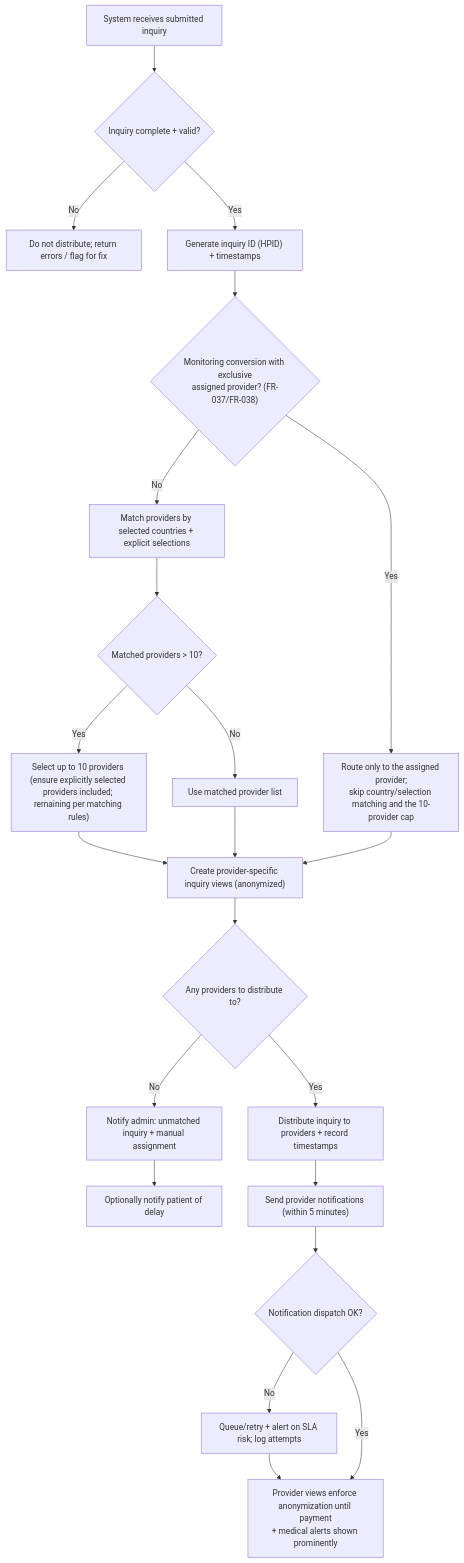
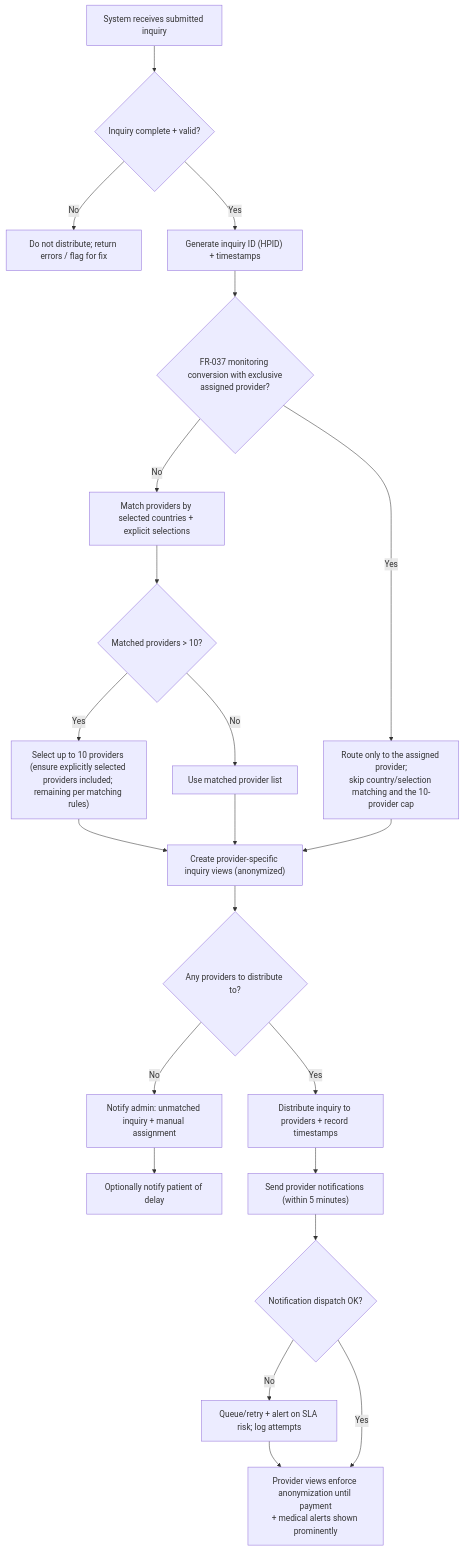
The sixth of 15 diagrams in project-requirements/functional-requirements/fr003-inquiry-submission/prd.md (joachimtrungtuan/hairline-pm-docs), drawn with Mermaid before and after one commit. The commit also changed other lines of this file, not shown here.

Commit message:
docs(fr003): align monitoring conversion references

````diff
--- a/project-requirements/functional-requirements/fr003-inquiry-submission/prd.md
+++ b/project-requirements/functional-requirements/fr003-inquiry-submission/prd.md
@@ -187,28 +187,28 @@
 ```mermaid
 flowchart TD
     Start["System receives submitted inquiry"] --> Validate{"Inquiry complete + valid?"}
 
     Validate -->|No| Invalid["Do not distribute; return errors / flag for fix"]
     Validate -->|Yes| Identify["Generate inquiry ID (HPID) + timestamps"]
 
-    Identify --> Exclusive{"Monitoring conversion with exclusive<br/>assigned provider? (FR-037/FR-038)"}
+    Identify --> Exclusive{"FR-037 monitoring conversion with exclusive<br/>assigned provider?"}
     Exclusive -->|Yes| ExclusiveRoute["Route only to the assigned provider;<br/>skip country/selection matching and the 10-provider cap"]
     Exclusive -->|No| Match["Match providers by selected countries + explicit selections"]
     Match --> Cap{"Matched providers &gt; 10?"}
     Cap -->|Yes| Select10["Select up to 10 providers (ensure explicitly selected providers included; remaining per matching rules)"]
     Cap -->|No| Matched["Use matched provider list"]
 
     Select10 --> Views["Create provider-specific inquiry views (anonymized)"]
     Matched --> Views
     ExclusiveRoute --> Views
 
     Views --> Found{"Any providers to distribute to?"}
     Found -->|No| Manual["Notify admin: unmatched inquiry + manual assignment"]
     Manual --> Delay["Optionally notify patient of delay"]
 
     Found -->|Yes| Distribute["Distribute inquiry to providers + record timestamps"]
     Distribute --> Notify["Send provider notifications (within 5 minutes)"]
     Notify --> NotifyOk{"Notification dispatch OK?"}
     NotifyOk -->|No| Retry["Queue/retry + alert on SLA risk; log attempts"] --> Access
     NotifyOk -->|Yes| Access["Provider views enforce anonymization until payment<br/>+ medical alerts shown prominently"]
 ```
````
